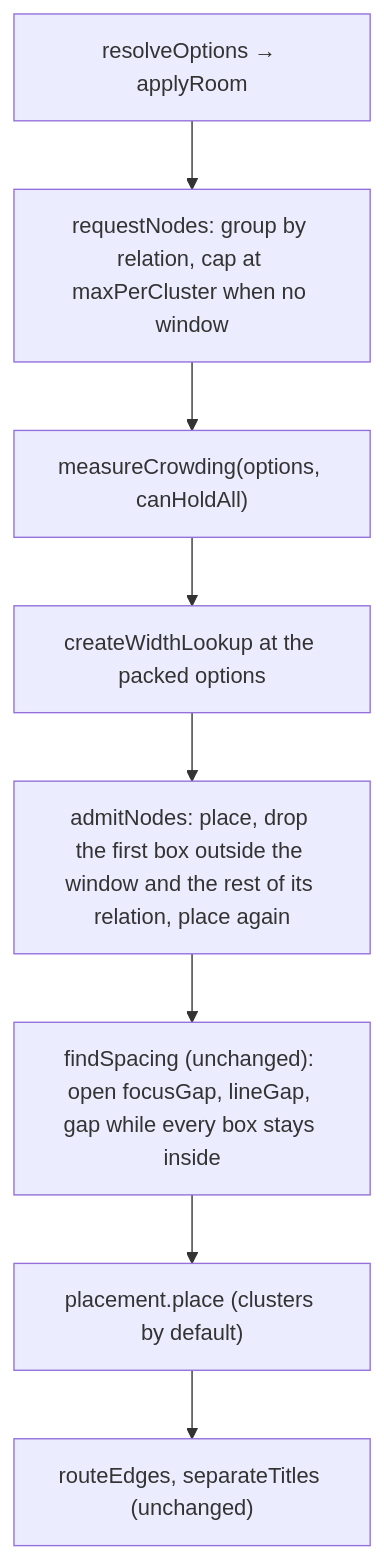
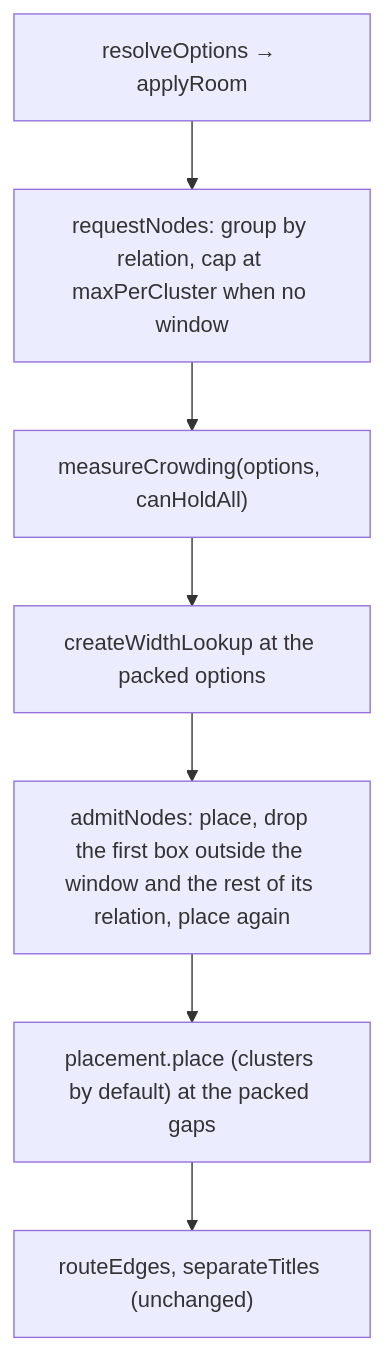
Before and after one commit to jiva-studio/numen: the diagram in .agents/tasks/plex-clusters/spec.md, drawn with Mermaid. The commit also changed other lines of this file and 9 other files, not shown here.

First line of the commit message:
refactor(views-plex-graph): cache side block plans and remove leftovers of the free-spot placement

````diff
--- a/.agents/tasks/plex-clusters/spec.md
+++ b/.agents/tasks/plex-clusters/spec.md
@@ -13,10 +13,9 @@
 ```mermaid
 graph TD
   A[resolveOptions → applyRoom] --> R["requestNodes: group by relation, cap at maxPerCluster when no window"]
   R --> C["measureCrowding(options, canHoldAll)"]
   C --> W[createWidthLookup at the packed options]
   W --> D["admitNodes: place, drop the first box outside the window and the rest of its relation, place again"]
-  D --> S["findSpacing (unchanged): open focusGap, lineGap, gap while every box stays inside"]
-  S --> P["placement.place (clusters by default)"]
+  D --> P["placement.place (clusters by default) at the packed gaps"]
   P --> E["routeEdges, separateTitles (unchanged)"]
 ```
````
